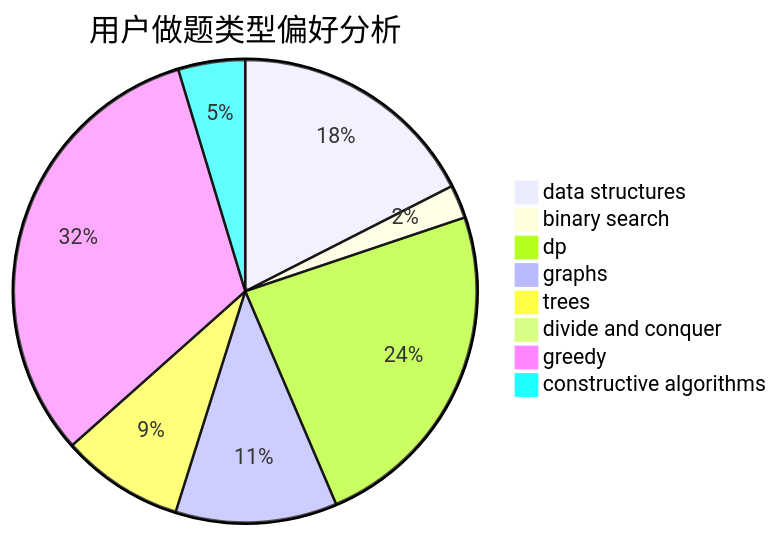
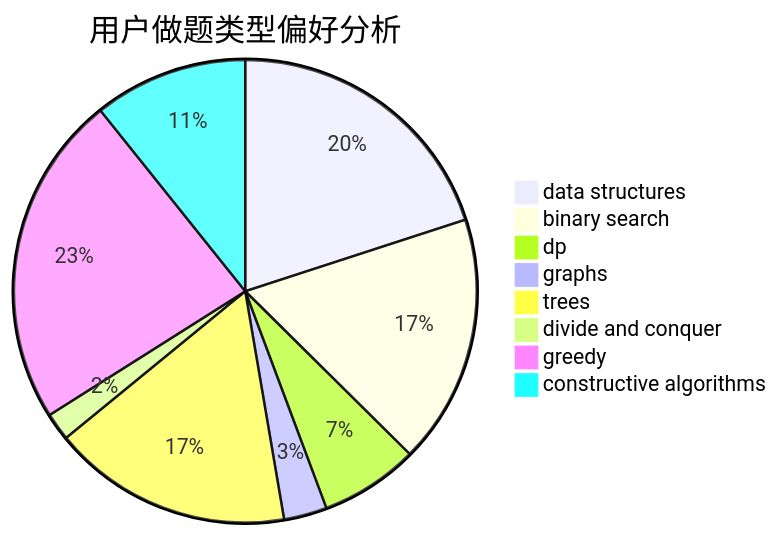
One commit to sherpahu/cfrs.github.io changed the second of 3 diagrams in docs/user/u1529.md. Above: the diagram before and after it, drawn with Mermaid. The commit also changed other lines of this file and 2770 other files, not shown here.

````diff
--- a/docs/user/u1529.md
+++ b/docs/user/u1529.md
@@ -23,11 +23,11 @@
 ```mermaid
 pie title 用户做题类型偏好分析
-    "data structures" :  45
-    "binary search" :  6
-    "dp" :  61
-    "graphs" :  29
-    "trees" :  22
-    "divide and conquer" :  0
-    "greedy" :  82
-    "constructive algorithms" :  12
+    "data structures" :  93
+    "binary search" :  81
+    "dp" :  32
+    "graphs" :  14
+    "trees" :  78
+    "divide and conquer" :  9
+    "greedy" :  108
+    "constructive algorithms" :  50
 ```
````
